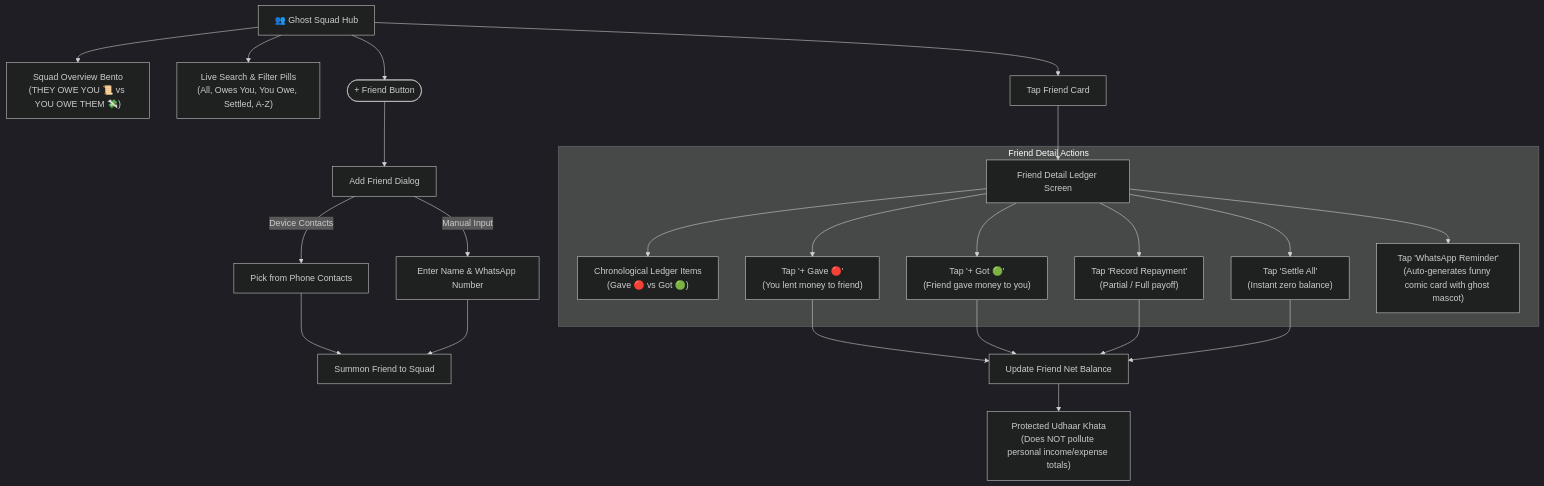
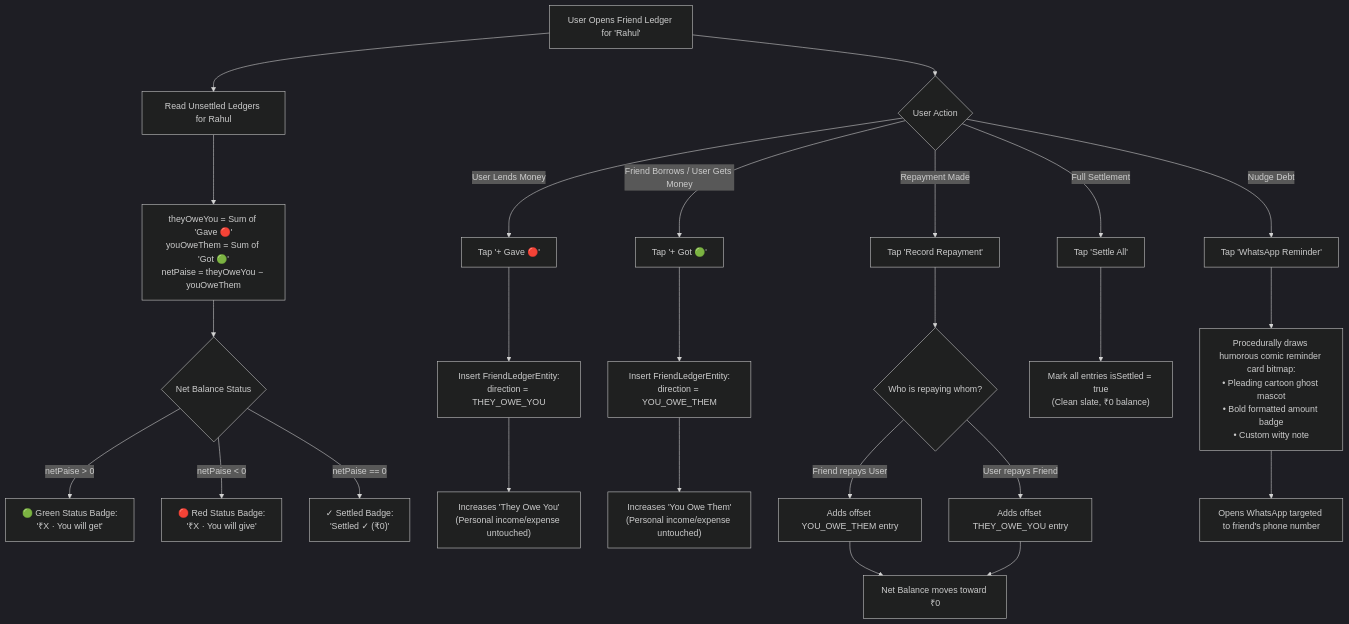
The fourth of 6 diagrams in docs/USER_FLOW.md (Om-Prakash-Verma/Pocket-Budget), drawn with Mermaid (dark theme) before and after one commit. The commit also changed other lines of this file, not shown here.

Commit message:
docs: add detailed logical decision flows & state diagrams for features

````diff
--- a/docs/USER_FLOW.md
+++ b/docs/USER_FLOW.md
@@ -83,31 +118,35 @@
 ```mermaid
 flowchart TD
-    SquadHome["👥 Ghost Squad Hub"] --> SquadOverview["Squad Overview Bento<br/>(THEY OWE YOU 📜 vs YOU OWE THEM 💸)"]
-    SquadHome --> FriendSearch["Live Search & Filter Pills<br/>(All, Owes You, You Owe, Settled, A-Z)"]
-    
-    SquadHome --> AddFriendAction(["+ Friend Button"])
-    AddFriendAction --> FriendDialog["Add Friend Dialog"]
-    FriendDialog -->|Device Contacts| ContactPicker["Pick from Phone Contacts"]
-    FriendDialog -->|Manual Input| ManualFriend["Enter Name & WhatsApp Number"]
-    ContactPicker --> SaveFriend["Summon Friend to Squad"]
-    ManualFriend --> SaveFriend
+    UserOpensFriend["User Opens Friend Ledger for 'Rahul'"] --> CurrentBalance["Read Unsettled Ledgers for Rahul"]
+    CurrentBalance --> NetCalc["theyOweYou = Sum of 'Gave 🔴'<br/>youOweThem = Sum of 'Got 🟢'<br/>netPaise = theyOweYou − youOweThem"]
 
-    SquadHome --> FriendCard["Tap Friend Card"]
-    FriendCard --> FriendDetail["Friend Detail Ledger Screen"]
+    NetCalc --> NetStatus{"Net Balance Status"}
 
-    subgraph FriendLedgerActions["Friend Detail Actions"]
-        FriendDetail --> LedgerHistory["Chronological Ledger Items<br/>(Gave 🔴 vs Got 🟢)"]
-        
-        FriendDetail --> ActionGave["Tap '+ Gave 🔴'<br/>(You lent money to friend)"]
-        FriendDetail --> ActionGot["Tap '+ Got 🟢'<br/>(Friend gave money to you)"]
-        FriendDetail --> ActionRepay["Tap 'Record Repayment'<br/>(Partial / Full payoff)"]
-        FriendDetail --> ActionSettleAll["Tap 'Settle All'<br/>(Instant zero balance)"]
-        FriendDetail --> ActionWhatsApp["Tap 'WhatsApp Reminder'<br/>(Auto-generates funny comic card with ghost mascot)"]
-    end
+    NetStatus -- "netPaise > 0" --> CardGreen["🟢 Green Status Badge:<br/>'₹X · You will get'"]
+    NetStatus -- "netPaise < 0" --> CardRed["🔴 Red Status Badge:<br/>'₹X · You will give'"]
+    NetStatus -- "netPaise == 0" --> CardSettled["✓ Settled Badge:<br/>'Settled ✓ (₹0)'"]
 
-    ActionGave --> UpdateDebt["Update Friend Net Balance"]
-    ActionGot --> UpdateDebt
-    ActionRepay --> UpdateDebt
-    ActionSettleAll --> UpdateDebt
-    UpdateDebt --> IsolatedLedger["Protected Udhaar Khata<br/>(Does NOT pollute personal income/expense totals)"]
+    UserOpensFriend --> UserAction{"User Action"}
+
+    UserAction -- "User Lends Money" --> TapGave["Tap '+ Gave 🔴'"]
+    TapGave --> AddLend["Insert FriendLedgerEntity:<br/>direction = THEY_OWE_YOU"]
+    AddLend --> UpdateOwed["Increases 'They Owe You'<br/>(Personal income/expense untouched)"]
+
+    UserAction -- "Friend Borrows / User Gets Money" --> TapGot["Tap '+ Got 🟢'"]
+    TapGot --> AddBorrow["Insert FriendLedgerEntity:<br/>direction = YOU_OWE_THEM"]
+    AddBorrow --> UpdateDebt["Increases 'You Owe Them'<br/>(Personal income/expense untouched)"]
+
+    UserAction -- "Repayment Made" --> TapRepay["Tap 'Record Repayment'"]
+    TapRepay --> RepayDir{"Who is repaying whom?"}
+    RepayDir -- "Friend repays User" --> AddRepayGot["Adds offset YOU_OWE_THEM entry"]
+    RepayDir -- "User repays Friend" --> AddRepayGave["Adds offset THEY_OWE_YOU entry"]
+    AddRepayGot --> Rebalance["Net Balance moves toward ₹0"]
+    AddRepayGave --> Rebalance
+
+    UserAction -- "Full Settlement" --> TapSettleAll["Tap 'Settle All'"]
+    TapSettleAll --> MarkAllSettled["Mark all entries isSettled = true<br/>(Clean slate, ₹0 balance)"]
+
+    UserAction -- "Nudge Debt" --> TapWhatsApp["Tap 'WhatsApp Reminder'"]
+    TapWhatsApp --> DrawCard["Procedurally draws humorous comic reminder card bitmap:<br/>• Pleading cartoon ghost mascot<br/>• Bold formatted amount badge<br/>• Custom witty note"]
+    DrawCard --> LaunchWhatsApp["Opens WhatsApp targeted to friend's phone number"]
 ```
````
